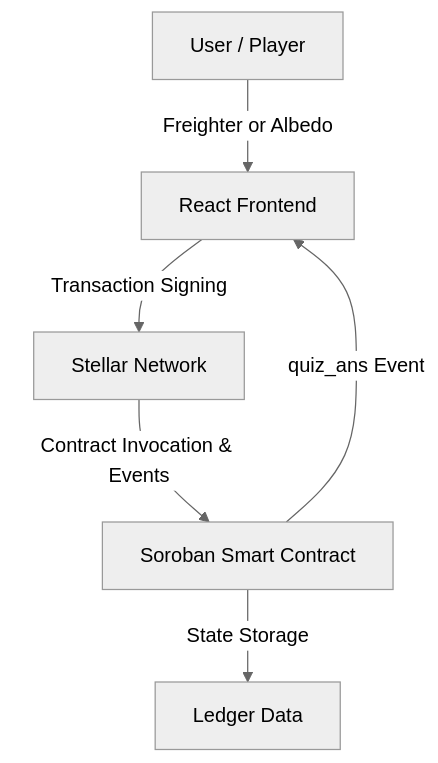
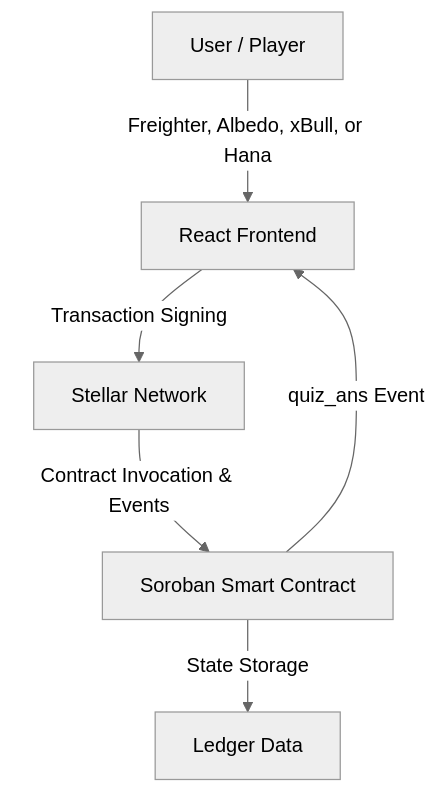
Before and after one commit to ankush-shaw/DecentralizedQuizApp-2.0: the diagram in README.md, drawn with Mermaid (neutral theme). The commit also changed other lines of this file and 9 other files, not shown here.

````diff
--- a/README.md
+++ b/README.md
@@ -93,8 +129,8 @@
 ```mermaid
 graph TD
-    A[User / Player] -->|Freighter or Albedo| B[React Frontend]
+    A[User / Player] -->|Freighter, Albedo, xBull, or Hana| B[React Frontend]
     B -->|Transaction Signing| C[Stellar Network]
     C -->|Contract Invocation & Events| D[Soroban Smart Contract]
     D -->|State Storage| E[Ledger Data]
     D -->|quiz_ans Event| B
 ```
````
